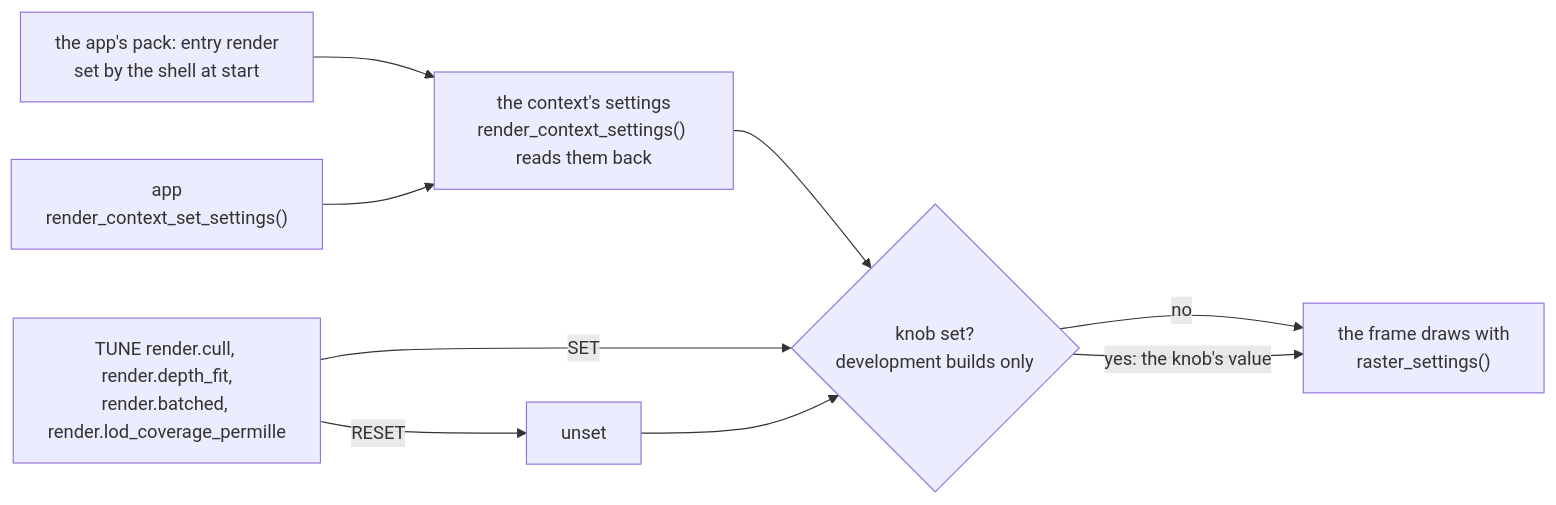
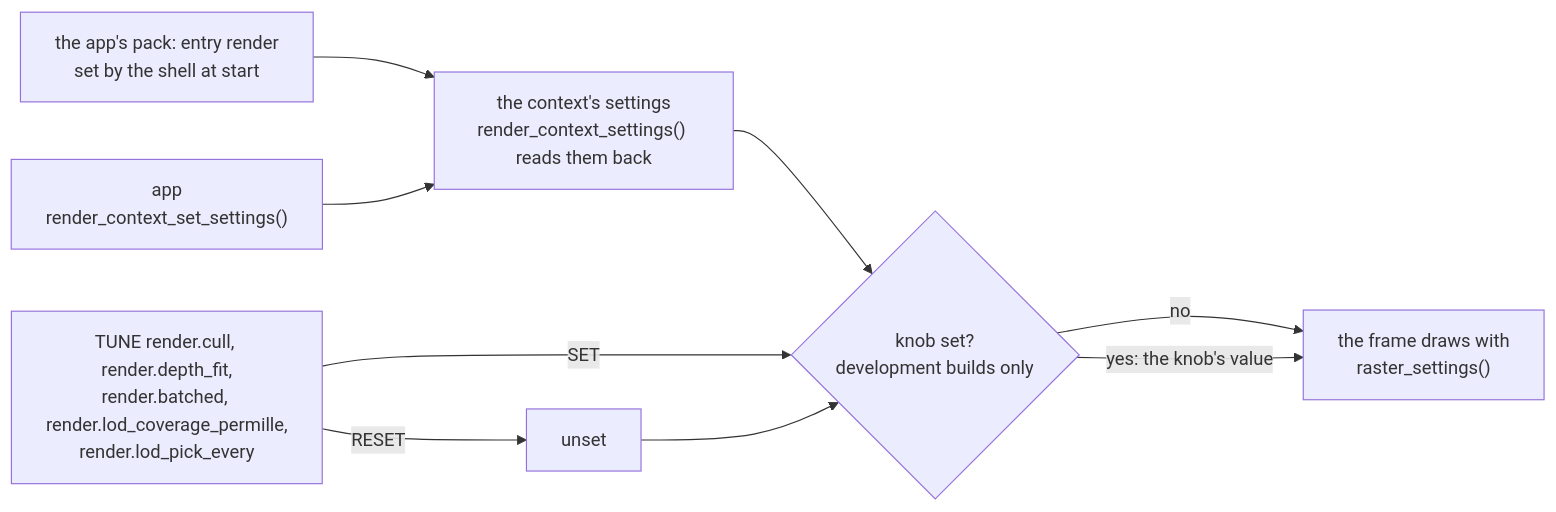
The first of 4 diagrams in docs/render/Render-Settings.md (jose-villegas/autana), drawn with Mermaid before and after one commit. The commit also changed other lines of this file and 16 other files, not shown here.

First line of the commit message:
r3d LOD: the cull picks each instance's levels, spread over 4 frames (autana-5idow) (#1465)

````diff
--- a/docs/render/Render-Settings.md
+++ b/docs/render/Render-Settings.md
@@ -14,11 +14,11 @@
 ```mermaid
 flowchart LR
     Asset["the app's pack: entry render<br/>set by the shell at start"] --> Settings
     App["app<br/>render_context_set_settings()"] --> Settings["the context's settings<br/>render_context_settings() reads them back"]
     Settings --> Pick{"knob set?<br/>development builds only"}
-    Knob["TUNE render.cull, render.depth_fit,<br/>render.batched, render.lod_coverage_permille"] -->|SET| Pick
+    Knob["TUNE render.cull, render.depth_fit,<br/>render.batched, render.lod_coverage_permille,<br/>render.lod_pick_every"] -->|SET| Pick
     Knob -->|RESET| Unset["unset"]
     Unset --> Pick
     Pick -->|"no"| Frame["the frame draws with<br/>raster_settings()"]
     Pick -->|"yes: the knob's value"| Frame
 ```
````
